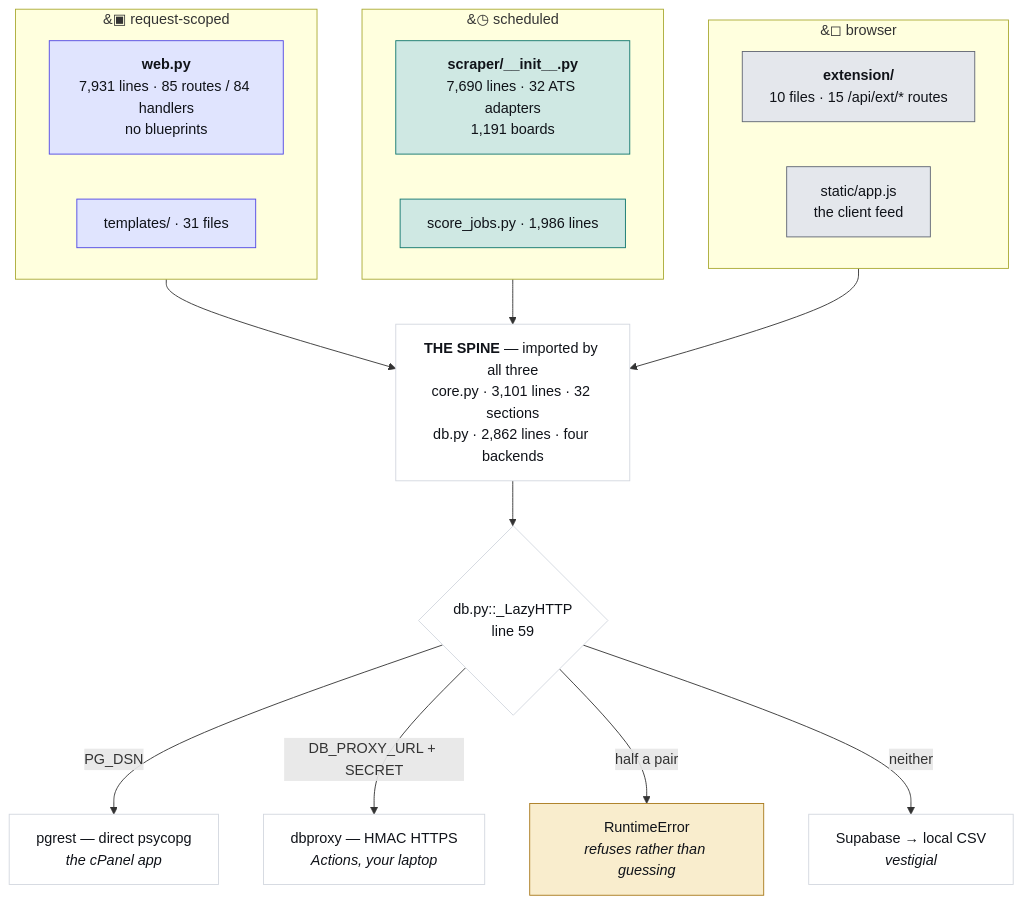
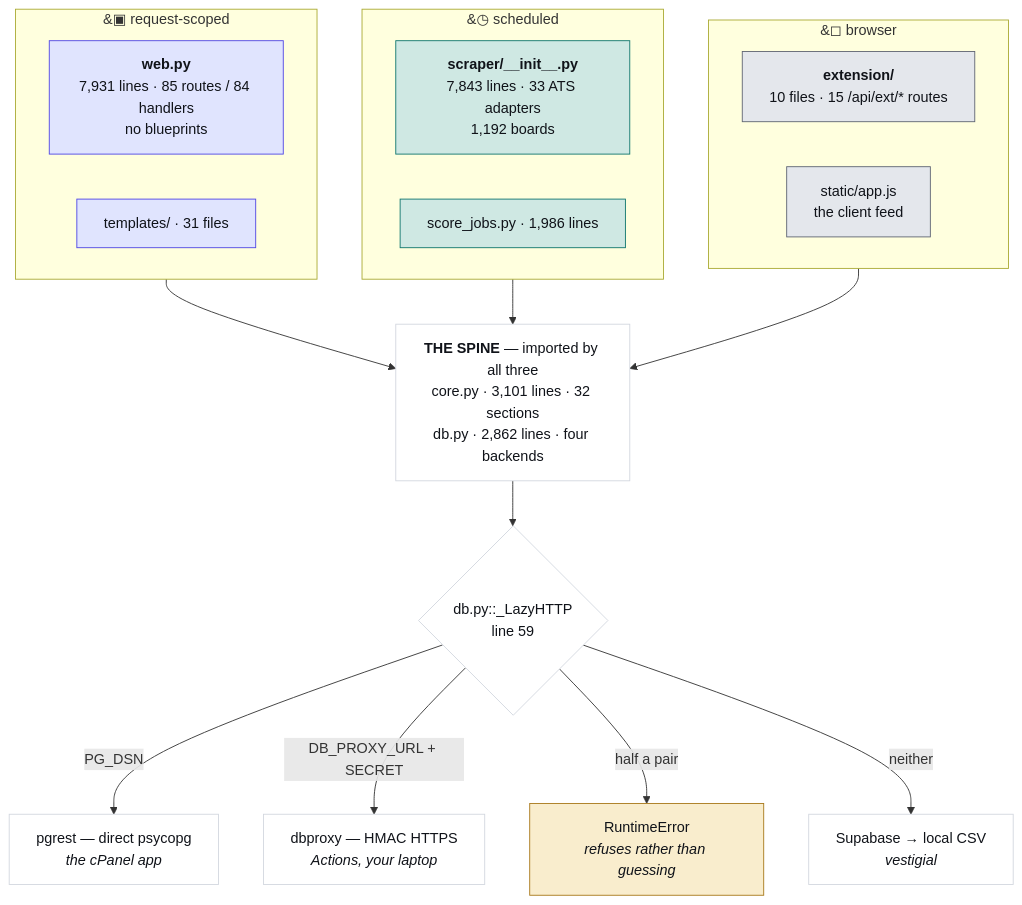
The first of 4 diagrams in JobMatch Scraper/docs/ARCHITECTURE.md (hadakunal909-debug/job-search-tool), drawn with Mermaid before and after one commit. The commit also changed other lines of this file and 6 other files, not shown here.

````diff
--- a/JobMatch Scraper/docs/ARCHITECTURE.md
+++ b/JobMatch Scraper/docs/ARCHITECTURE.md
@@ -45,34 +45,34 @@
 ```mermaid
 flowchart TB
   subgraph REQ["&#9635; request-scoped"]
     W["<b>web.py</b><br/>7,931 lines · 85 routes / 84 handlers<br/>no blueprints"]
     T["templates/ · 31 files"]
   end
   subgraph SCH["&#9719; scheduled"]
-    S["<b>scraper/__init__.py</b><br/>7,690 lines · 32 ATS adapters<br/>1,191 boards"]
+    S["<b>scraper/__init__.py</b><br/>7,843 lines · 33 ATS adapters<br/>1,192 boards"]
     J["score_jobs.py · 1,986 lines"]
   end
   subgraph CLI["&#9723; browser"]
     E["<b>extension/</b><br/>10 files · 15 /api/ext/* routes"]
     A["static/app.js<br/>the client feed"]
   end
   SPINE["<b>THE SPINE</b> — imported by all three<br/>core.py · 3,101 lines · 32 sections<br/>db.py · 2,862 lines · four backends"]
   REQ --> SPINE
   SCH --> SPINE
   CLI --> SPINE
   SPINE --> D{"db.py::_LazyHTTP<br/>line 59"}
   D -->|"PG_DSN"| P["pgrest — direct psycopg<br/><i>the cPanel app</i>"]
   D -->|"DB_PROXY_URL + SECRET"| X["dbproxy — HMAC HTTPS<br/><i>Actions, your laptop</i>"]
   D -->|"half a pair"| R["RuntimeError<br/><i>refuses rather than guessing</i>"]
   D -->|"neither"| V["Supabase → local CSV<br/><i>vestigial</i>"]
   classDef web fill:#e0e4fe,stroke:#4f46e5,color:#101319
   classDef sched fill:#cfe8e3,stroke:#0f766e,color:#101319
   classDef client fill:#e4e7ec,stroke:#5f6573,color:#101319
   classDef trap fill:#f9edcd,stroke:#a8781a,color:#101319
   classDef plain fill:#ffffff,stroke:#d3d7df,color:#101319
   class W,T web
   class S,J sched
   class E,A client
   class R trap
   class SPINE,D,P,X,V plain
 ```
````
